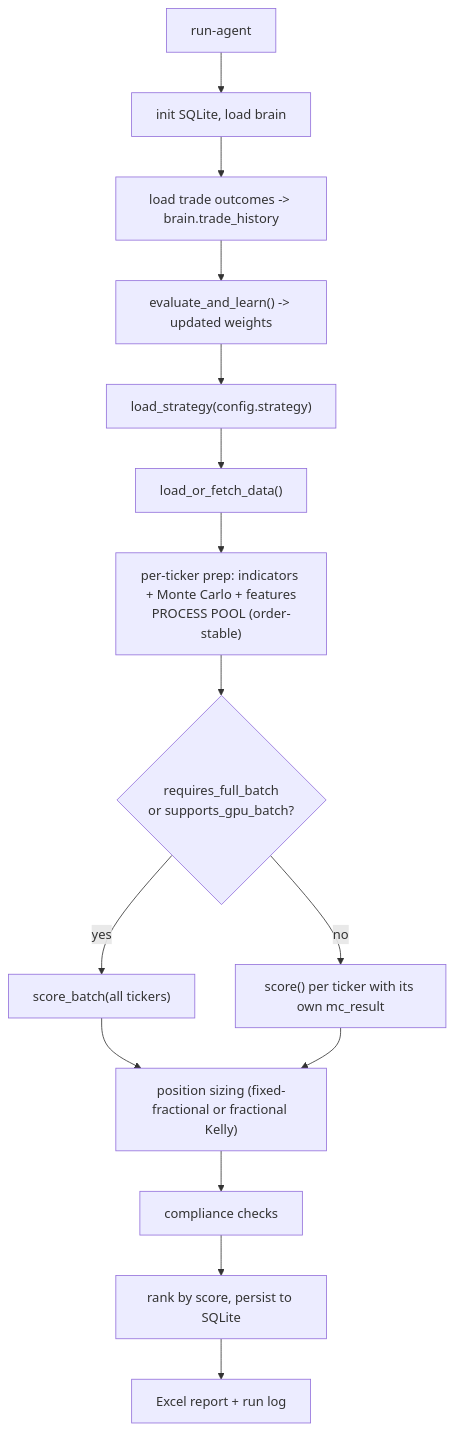
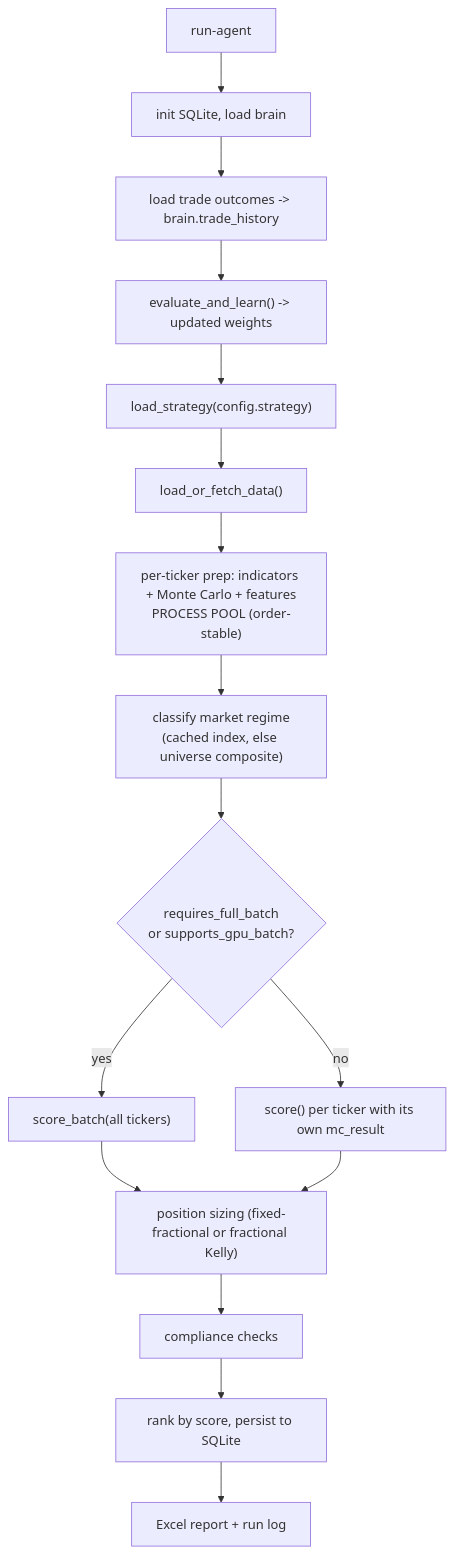
Before and after one commit to 3dwag98/afa: diagram 11 of 15 in docs/ARCHITECTURE.md, drawn with Mermaid. The commit also changed other lines of this file and 3 other files, not shown here.

First line of the commit message:
Align ARCHITECTURE and STRATEGIES with the current framework

````diff
--- a/docs/ARCHITECTURE.md
+++ b/docs/ARCHITECTURE.md
@@ -436,17 +502,18 @@
 ```mermaid
 flowchart TD
     A["run-agent"] --> B["init SQLite, load brain"]
     B --> C["load trade outcomes -> brain.trade_history"]
     C --> D["evaluate_and_learn() -> updated weights"]
     D --> E["load_strategy(config.strategy)"]
     E --> F["load_or_fetch_data()"]
     F --> G["per-ticker prep: indicators + Monte Carlo + features<br/>PROCESS POOL (order-stable)"]
-    G --> H{"requires_full_batch<br/>or supports_gpu_batch?"}
+    G --> RG["classify market regime<br/>(cached index, else universe composite)"]
+    RG --> H{"requires_full_batch<br/>or supports_gpu_batch?"}
     H -->|yes| I["score_batch(all tickers)"]
     H -->|no| J["score() per ticker with its own mc_result"]
     I --> K["position sizing (fixed-fractional or fractional Kelly)"]
     J --> K
     K --> L["compliance checks"]
     L --> M["rank by score, persist to SQLite"]
     M --> N["Excel report + run log"]
 ```
````
